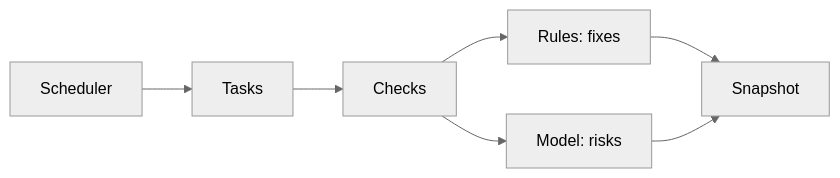
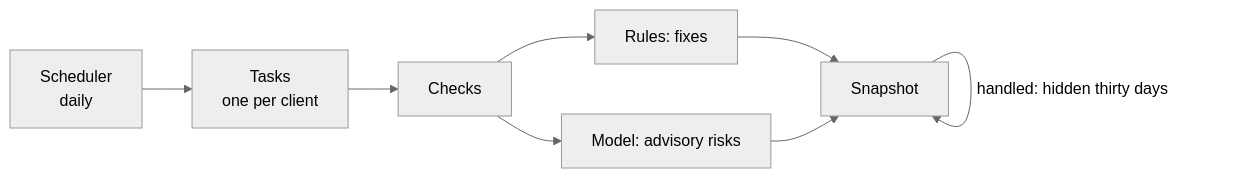
Before and after one commit to nkanyi-so/domain-health: the diagram in README.md, drawn with Mermaid (neutral theme). The commit also changed other lines of this file and 5 other files, not shown here.

````diff
--- a/README.md
+++ b/README.md
@@ -30,9 +19,10 @@
 ```mermaid
 flowchart LR
-  A[Scheduler] --> B[Tasks]
-  B --> C[Checks]
-  C --> D[Rules: fixes]
-  C --> E[Model: risks]
-  D --> F[Snapshot]
+  A["Scheduler<br/>daily"] --> B["Tasks<br/>one per client"]
+  B --> C["Checks"]
+  C --> D["Rules: fixes"]
+  C --> E["Model: advisory risks"]
+  D --> F["Snapshot"]
   E --> F
+  F -- "handled: hidden thirty days" --> F
 ```
````
